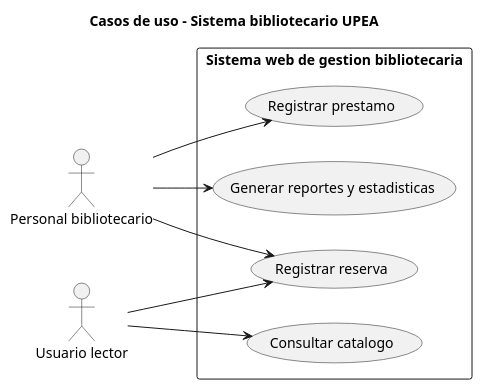
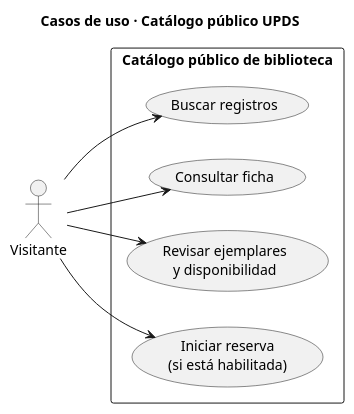
The diagram in assets/actividad-1/diagramas/caso-real-02-casos-de-uso.puml (erickbravob/sistemas-informacion-i), drawn with PlantUML before and after one commit. The commit also changed 20 other files, not shown here.

```diff
--- a/assets/actividad-1/diagramas/caso-real-02-casos-de-uso.puml
+++ b/assets/actividad-1/diagramas/caso-real-02-casos-de-uso.puml
@@ -1,17 +1,15 @@
 @startuml
-title Casos de uso - Sistema bibliotecario UPEA
+title Casos de uso · Catálogo público UPDS
 left to right direction
-actor "Personal bibliotecario" as Personal
-actor "Usuario lector" as Usuario
-rectangle "Sistema web de gestion bibliotecaria" {
- usecase "Registrar prestamo" as Prestamo
- usecase "Registrar reserva" as Reserva
- usecase "Consultar catalogo" as Consulta
- usecase "Generar reportes y estadisticas" as Reporte
+actor "Visitante" as V
+rectangle "Catálogo público de biblioteca" {
+usecase "Buscar registros" as Buscar
+usecase "Consultar ficha" as Ficha
+usecase "Revisar ejemplares\ny disponibilidad" as Copias
+usecase "Iniciar reserva\n(si está habilitada)" as Reserva
 }
-Personal --> Prestamo
-Personal --> Reserva
-Personal --> Reporte
-Usuario --> Consulta
-Usuario --> Reserva
+V --> Buscar
+V --> Ficha
+V --> Copias
+V --> Reserva
 @enduml
```
